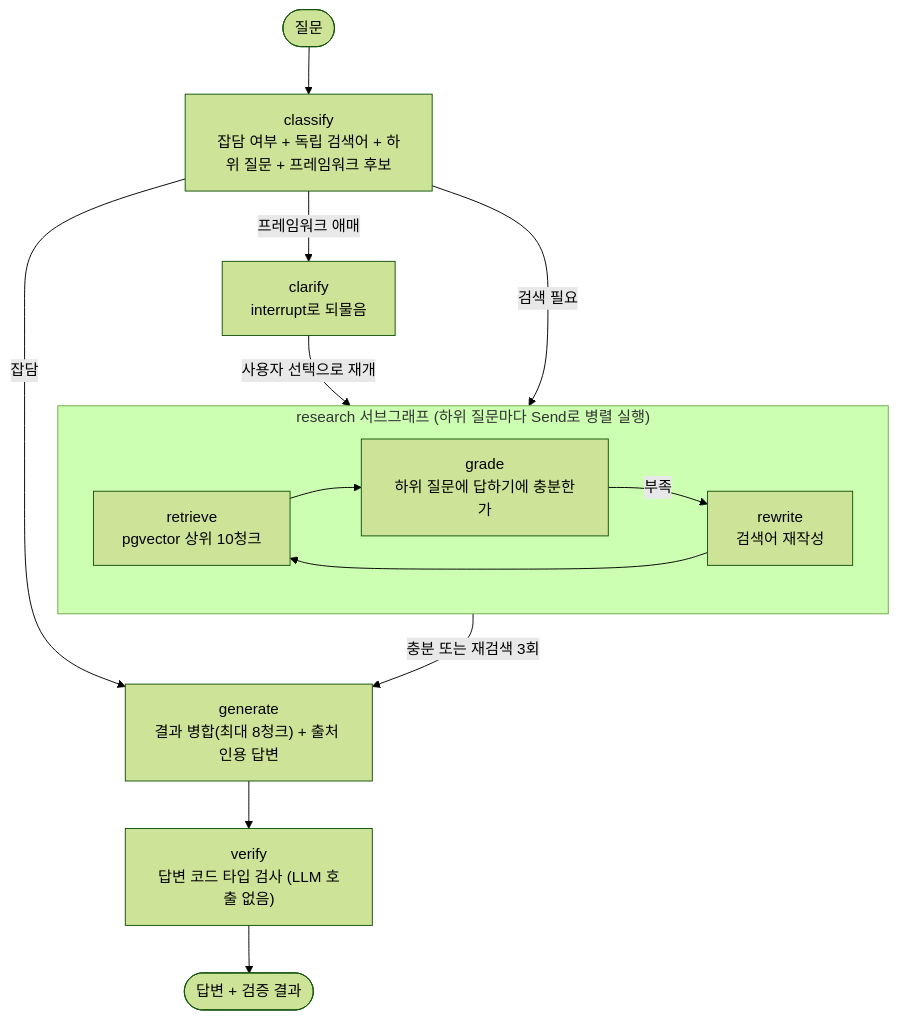
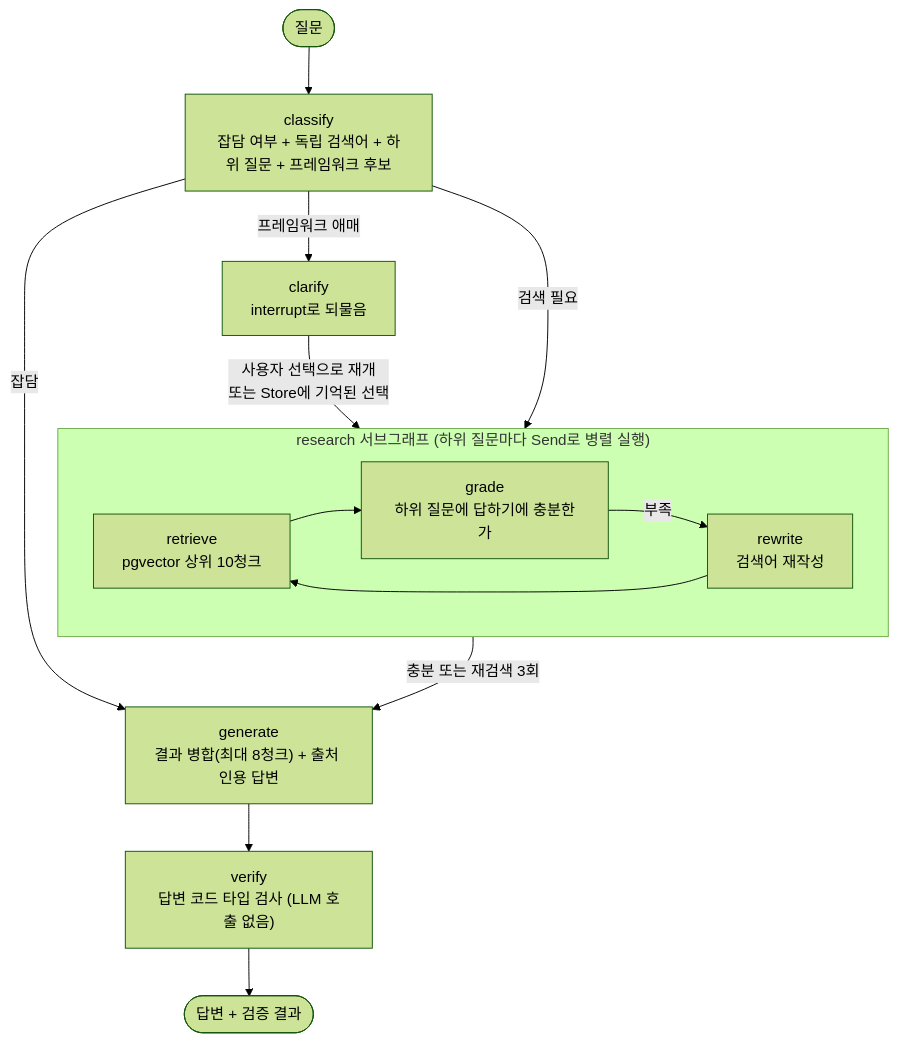
The second of 2 diagrams in README.md (Padack2/pgvector-docs-chat), drawn with Mermaid (forest theme) before and after one commit. The commit also changed other lines of this file and 3 other files, not shown here.

````diff
--- a/README.md
+++ b/README.md
@@ -45,16 +45,16 @@
 ```mermaid
 flowchart TD
   START([질문]) --> classify["classify<br/>잡담 여부 + 독립 검색어 + 하위 질문 + 프레임워크 후보"]
   classify -->|잡담| generate
   classify -->|프레임워크 애매| clarify["clarify<br/>interrupt로 되물음"]
-  clarify -->|사용자 선택으로 재개| research
+  clarify -->|사용자 선택으로 재개<br/>또는 Store에 기억된 선택| research
   classify -->|검색 필요| research
   subgraph research ["research 서브그래프 (하위 질문마다 Send로 병렬 실행)"]
     retrieve["retrieve<br/>pgvector 상위 10청크"] --> grade["grade<br/>하위 질문에 답하기에 충분한가"]
     grade -->|부족| rewrite["rewrite<br/>검색어 재작성"]
     rewrite --> retrieve
   end
   research -->|충분 또는 재검색 3회| generate["generate<br/>결과 병합(최대 8청크) + 출처 인용 답변"]
   generate --> verify["verify<br/>답변 코드 타입 검사 (LLM 호출 없음)"]
   verify --> END([답변 + 검증 결과])
 ```
````
